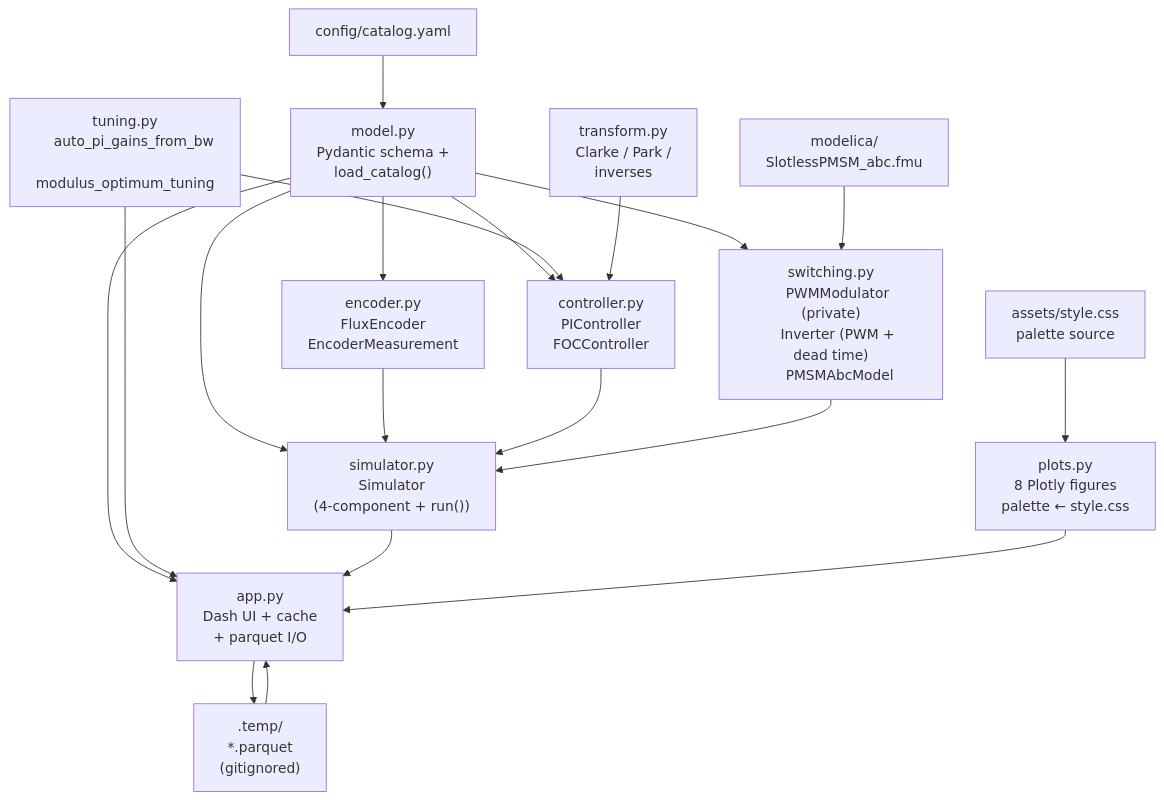
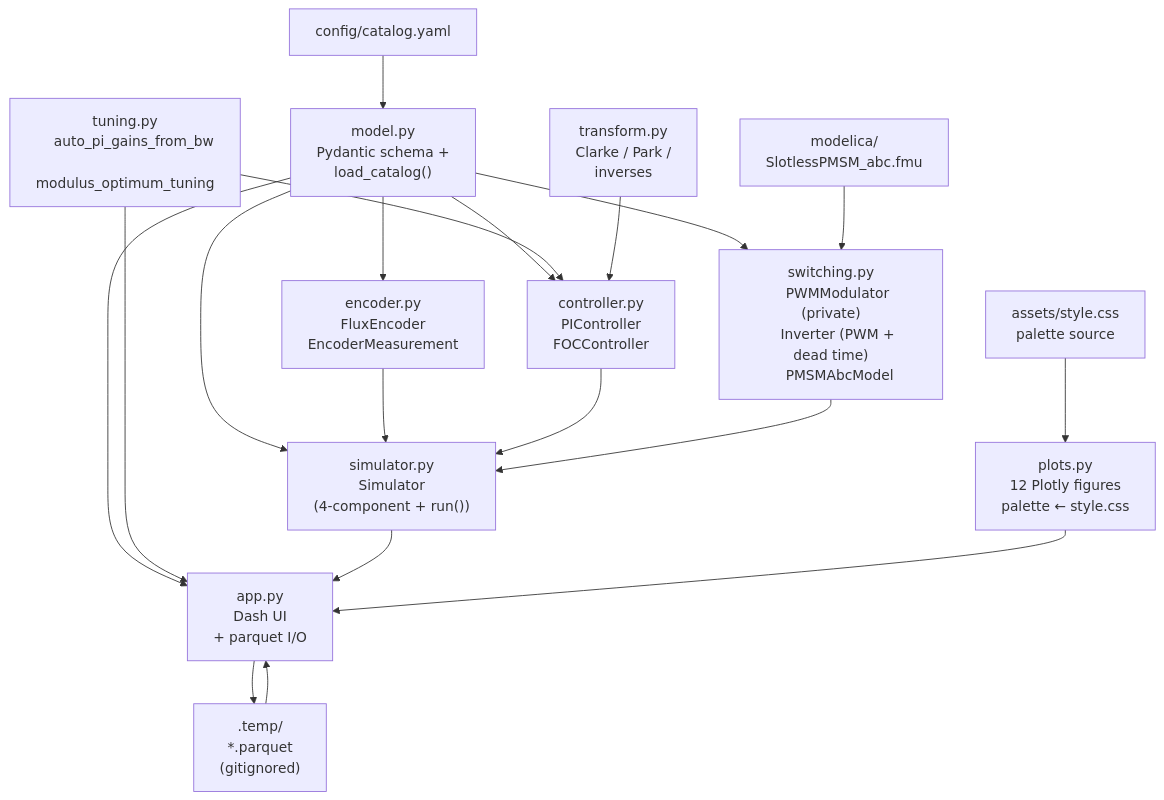
Before and after one commit to PhillipMaree/slimtorq-control: the third of 3 diagrams in README.md, drawn with Mermaid. The commit also changed other lines of this file and 4 other files, not shown here.

````diff
--- a/README.md
+++ b/README.md
@@ -89,58 +90,58 @@
 ```mermaid
 graph TD
     catalog["config/catalog.yaml"]
     model["model.py
     Pydantic schema +
     load_catalog()"]
     tuning["tuning.py
     auto_pi_gains_from_bw
     modulus_optimum_tuning"]
     transform["transform.py
     Clarke / Park /
     inverses"]
     controller["controller.py
     PIController
     FOCController"]
     encoder["encoder.py
     FluxEncoder
     EncoderMeasurement"]
     switching["switching.py
     PWMModulator (private)
     Inverter (PWM + dead time)
     PMSMAbcModel"]
     fmu["modelica/
     SlotlessPMSM_abc.fmu"]
     simulator["simulator.py
     Simulator
     (4-component + run())"]
     plots["plots.py
-    8 Plotly figures
+    12 Plotly figures
     palette ← style.css"]
     css["assets/style.css
     palette source"]
     app["app.py
-    Dash UI + cache
+    Dash UI
     + parquet I/O"]
     parquet[".temp/
     *.parquet
     (gitignored)"]
 
     catalog --> model
     model --> controller
     model --> switching
     model --> encoder
     model --> simulator
     model --> app
     tuning --> controller
     tuning --> app
     transform --> controller
     encoder --> simulator
     controller --> simulator
     switching --> simulator
     fmu --> switching
     simulator --> app
     css --> plots
     plots --> app
     app --> parquet
     parquet --> app
 ```
````
